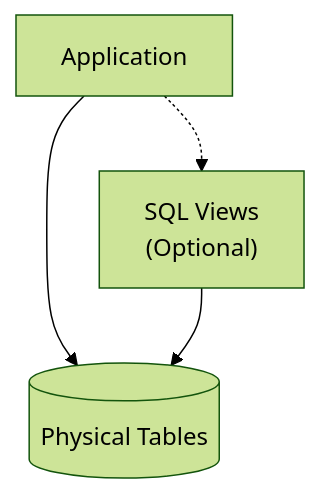
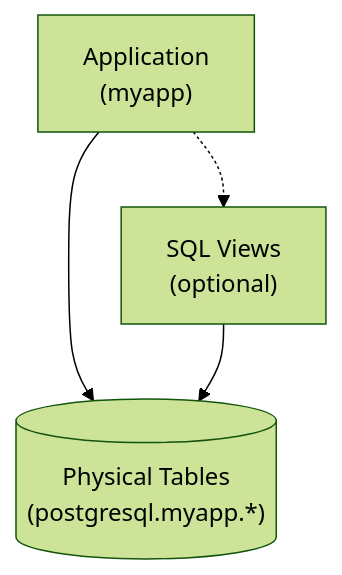
Before and after one commit to robfromboulder/virtual-view-manifesto: the first of 9 diagrams in README.md, drawn with Mermaid (forest theme). The commit also changed other lines of this file and 2 other files, not shown here.

Commit message:
Improve examples and diagrams

````diff
--- a/README.md
+++ b/README.md
@@ -53,6 +53,6 @@
 ```mermaid
 flowchart TD
-    App[Application] --> Tables[("Physical Tables")]
-    App -.-> Views["SQL Views<br/>(Optional)"]
+    App["Application<br/>(myapp)"] --> Tables[("Physical Tables<br/>(postgresql.myapp.*)")]
+    App -.-> Views["SQL Views<br/>(optional)"]
     Views --> Tables
 ```
````
